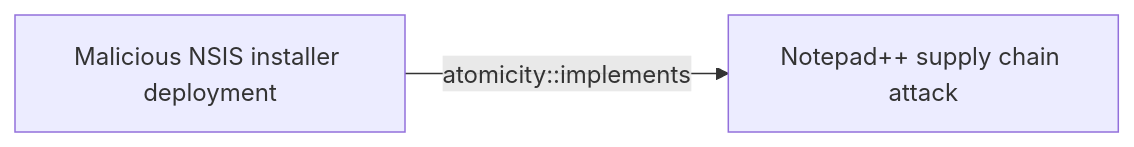
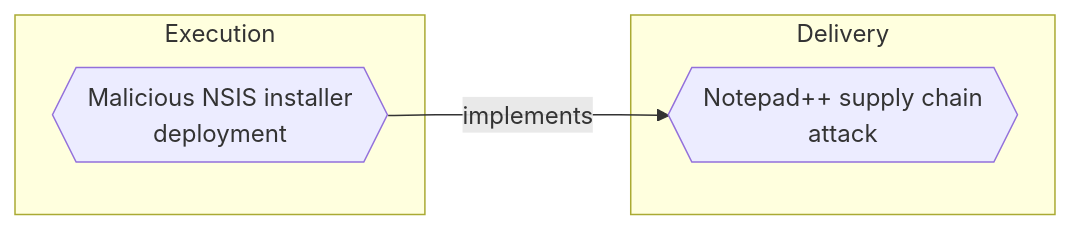
Before and after one commit to opentidehq/library: the first of 2 diagrams in docs/threats/malicious-nsis-installer-deployment.md, drawn with Mermaid. The commit also changed other lines of this file and 540 other files, not shown here.

````diff
--- a/docs/threats/malicious-nsis-installer-deployment.md
+++ b/docs/threats/malicious-nsis-installer-deployment.md
@@ -166,6 +169,10 @@
 ```mermaid
 flowchart LR
-52462685_bebb_4e86_94b0_fd46aeacb085["Malicious NSIS installer deployment"]
-8b7cae6f_b6cf_4414_9cdc_fe8c8ee7ee22["Notepad++ supply chain attack"]
-52462685_bebb_4e86_94b0_fd46aeacb085 -->|atomicity::implements| 8b7cae6f_b6cf_4414_9cdc_fe8c8ee7ee22
+subgraph "Execution"
+52462685_bebb_4e86_94b0_fd46aeacb085{{"Malicious NSIS installer<br>deployment"}}
+end
+subgraph "Delivery"
+8b7cae6f_b6cf_4414_9cdc_fe8c8ee7ee22{{"Notepad++ supply chain<br>attack"}}
+end
+52462685_bebb_4e86_94b0_fd46aeacb085 -->|implements| 8b7cae6f_b6cf_4414_9cdc_fe8c8ee7ee22
 ```
````
